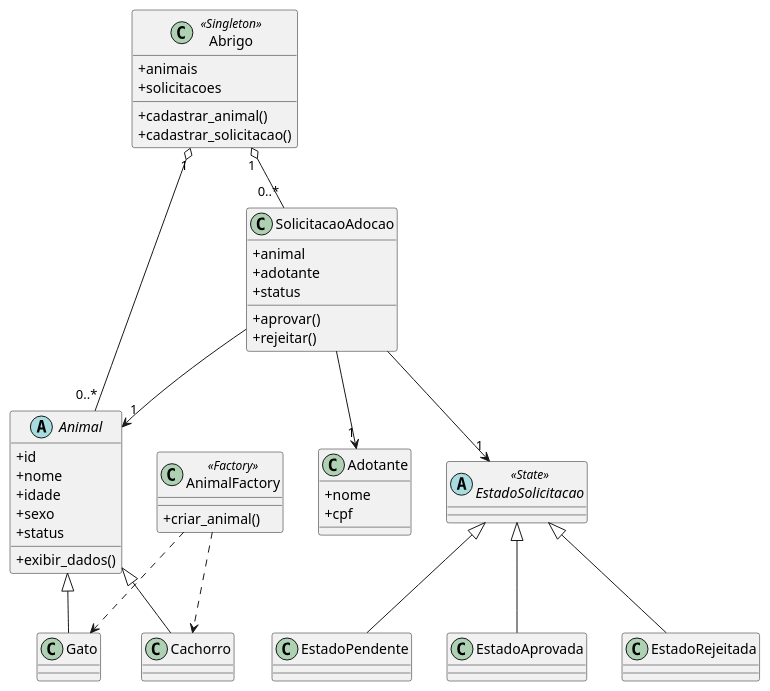
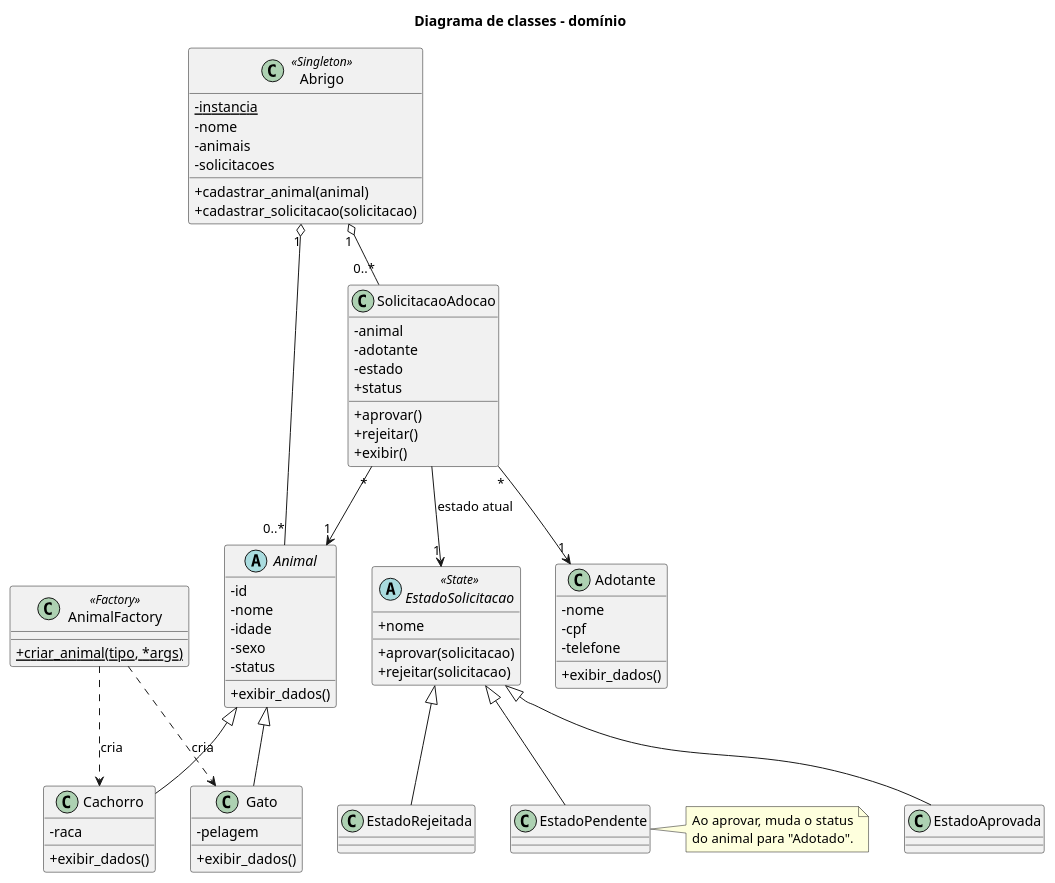
Before and after one commit to Amandahpp/gestao-adocao-pets: the diagram in docs/diagramas/classes.puml, drawn with PlantUML.

Commit message:
atualizacao diagrama classes.puml

```diff
--- a/docs/diagramas/classes.puml
+++ b/docs/diagramas/classes.puml
@@ -1,49 +1,83 @@
 @startuml
+title Diagrama de classes - domínio
 skinparam classAttributeIconSize 0
+
 abstract class Animal {
-  +id
-  +nome
-  +idade
-  +sexo
-  +status
+  -id
+  -nome
+  -idade
+  -sexo
+  -status
   +exibir_dados()
 }
-class Cachorro
-class Gato
+
+class Cachorro {
+  -raca
+  +exibir_dados()
+}
+
+class Gato {
+  -pelagem
+  +exibir_dados()
+}
+
+class AnimalFactory <<Factory>> {
+  {static} +criar_animal(tipo, *args)
+}
+
 class Adotante {
-  +nome
-  +cpf
+  -nome
+  -cpf
+  -telefone
+  +exibir_dados()
 }
+
 class Abrigo <<Singleton>> {
-  +animais
-  +solicitacoes
-  +cadastrar_animal()
-  +cadastrar_solicitacao()
+  {static} -instancia
+  -nome
+  -animais
+  -solicitacoes
+  +cadastrar_animal(animal)
+  +cadastrar_solicitacao(solicitacao)
 }
-class AnimalFactory <<Factory>> {
-  +criar_animal()
-}
+
 class SolicitacaoAdocao {
-  +animal
-  +adotante
+  -animal
+  -adotante
+  -estado
   +status
   +aprovar()
   +rejeitar()
+  +exibir()
 }
-abstract class EstadoSolicitacao <<State>>
+
+abstract class EstadoSolicitacao <<State>> {
+  +nome
+  +aprovar(solicitacao)
+  +rejeitar(solicitacao)
+}
+
 class EstadoPendente
 class EstadoAprovada
 class EstadoRejeitada
+
 Animal <|-- Cachorro
 Animal <|-- Gato
-AnimalFactory ..> Cachorro
-AnimalFactory ..> Gato
+AnimalFactory ..> Cachorro : cria
+AnimalFactory ..> Gato : cria
+
 Abrigo "1" o-- "0..*" Animal
 Abrigo "1" o-- "0..*" SolicitacaoAdocao
-SolicitacaoAdocao --> "1" Animal
-SolicitacaoAdocao --> "1" Adotante
-SolicitacaoAdocao --> "1" EstadoSolicitacao
+SolicitacaoAdocao "*" --> "1" Animal
+SolicitacaoAdocao "*" --> "1" Adotante
+SolicitacaoAdocao --> "1" EstadoSolicitacao : estado atual
+
 EstadoSolicitacao <|-- EstadoPendente
 EstadoSolicitacao <|-- EstadoAprovada
 EstadoSolicitacao <|-- EstadoRejeitada
+
+note right of EstadoPendente
+  Ao aprovar, muda o status
+  do animal para "Adotado".
+end note
 @enduml
```
